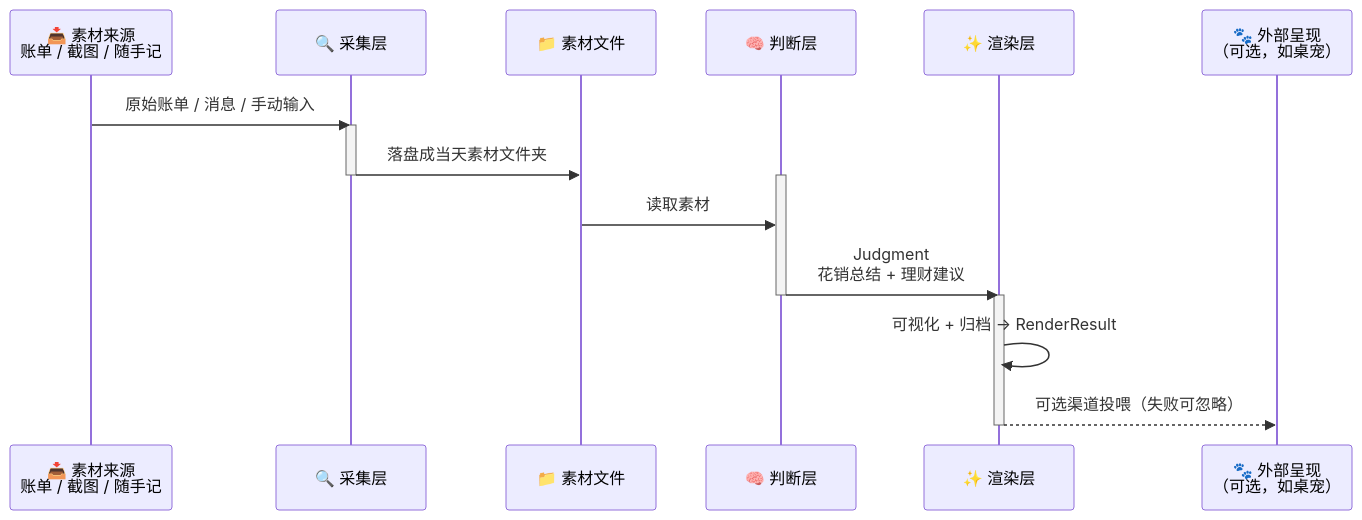
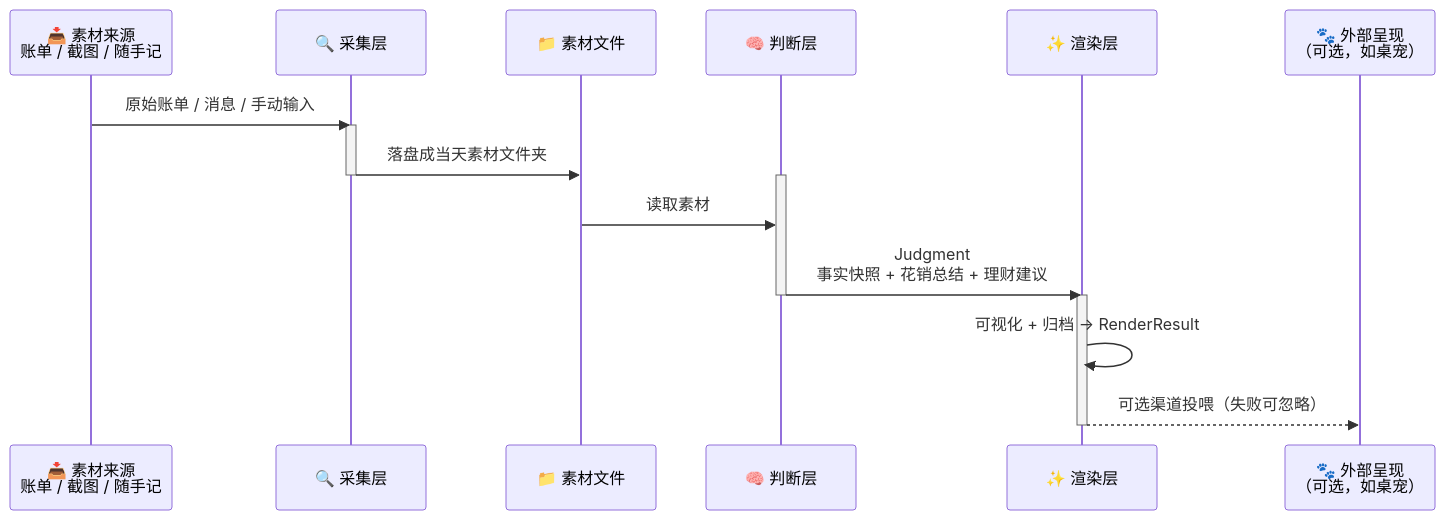
Before and after one commit to Nanaqiay001/StepLedger: the diagram in docs/rfc.md, drawn with Mermaid. The commit also changed other lines of this file and 2 other files, not shown here.

````diff
--- a/docs/rfc.md
+++ b/docs/rfc.md
@@ -7,22 +7,22 @@
 ```mermaid
 sequenceDiagram
     participant DS as 📥 素材来源<br/>账单 / 截图 / 随手记
     participant C as 🔍 采集层
     participant M as 📁 素材文件
     participant J as 🧠 判断层
     participant R as ✨ 渲染层
     participant P as 🐾 外部呈现<br/>（可选，如桌宠）
 
     DS->>C: 原始账单 / 消息 / 手动输入
     activate C
     C->>M: 落盘成当天素材文件夹
     deactivate C
     activate J
     M->>J: 读取素材
-    J->>R: Judgment<br/>花销总结 + 理财建议
+    J->>R: Judgment<br/>事实快照 + 花销总结 + 理财建议
     deactivate J
     activate R
     R->>R: 可视化 + 归档 → RenderResult
     R-->>P: 可选渠道投喂（失败可忽略）
     deactivate R
 ```
````
